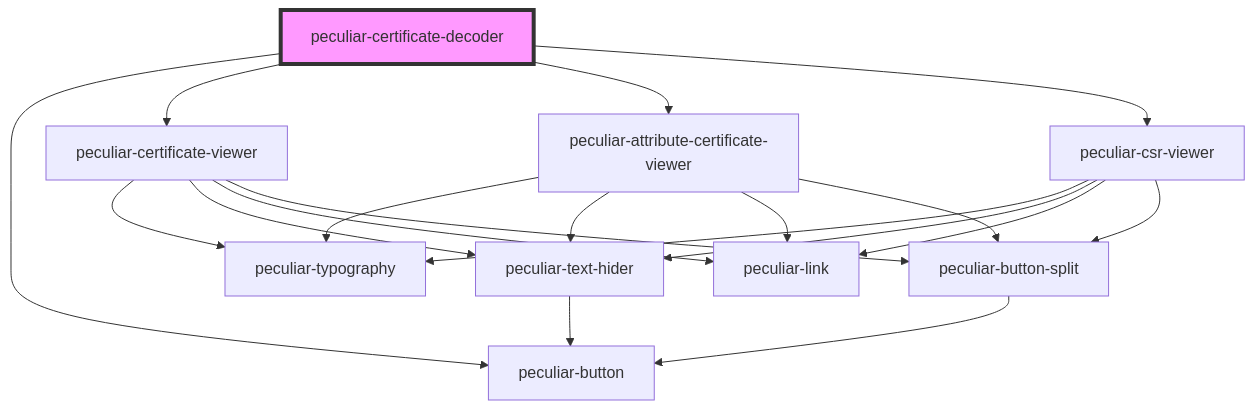
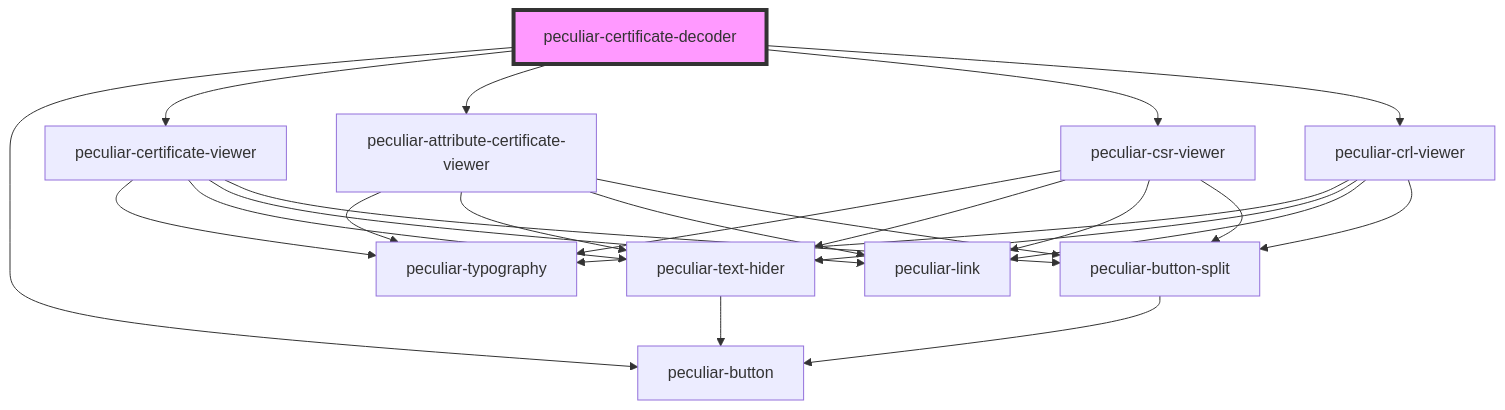
The diagram in packages/webcomponents/src/components/certificate-decoder/readme.md (PeculiarVentures/pv-certificates-viewer), drawn with Mermaid before and after one commit. The commit also changed other lines of this file and 5 other files, not shown here.

````diff
--- a/packages/webcomponents/src/components/certificate-decoder/readme.md
+++ b/packages/webcomponents/src/components/certificate-decoder/readme.md
@@ -34,22 +35,27 @@
 ```mermaid
 graph TD;
   peculiar-certificate-decoder --> peculiar-button
   peculiar-certificate-decoder --> peculiar-certificate-viewer
   peculiar-certificate-decoder --> peculiar-attribute-certificate-viewer
   peculiar-certificate-decoder --> peculiar-csr-viewer
+  peculiar-certificate-decoder --> peculiar-crl-viewer
   peculiar-certificate-viewer --> peculiar-typography
   peculiar-certificate-viewer --> peculiar-text-hider
   peculiar-certificate-viewer --> peculiar-link
   peculiar-certificate-viewer --> peculiar-button-split
   peculiar-text-hider --> peculiar-button
   peculiar-button-split --> peculiar-button
   peculiar-attribute-certificate-viewer --> peculiar-typography
   peculiar-attribute-certificate-viewer --> peculiar-text-hider
   peculiar-attribute-certificate-viewer --> peculiar-link
   peculiar-attribute-certificate-viewer --> peculiar-button-split
   peculiar-csr-viewer --> peculiar-typography
   peculiar-csr-viewer --> peculiar-text-hider
   peculiar-csr-viewer --> peculiar-link
   peculiar-csr-viewer --> peculiar-button-split
+  peculiar-crl-viewer --> peculiar-typography
+  peculiar-crl-viewer --> peculiar-text-hider
+  peculiar-crl-viewer --> peculiar-link
+  peculiar-crl-viewer --> peculiar-button-split
   style peculiar-certificate-decoder fill:#f9f,stroke:#333,stroke-width:4px
 ```
````
